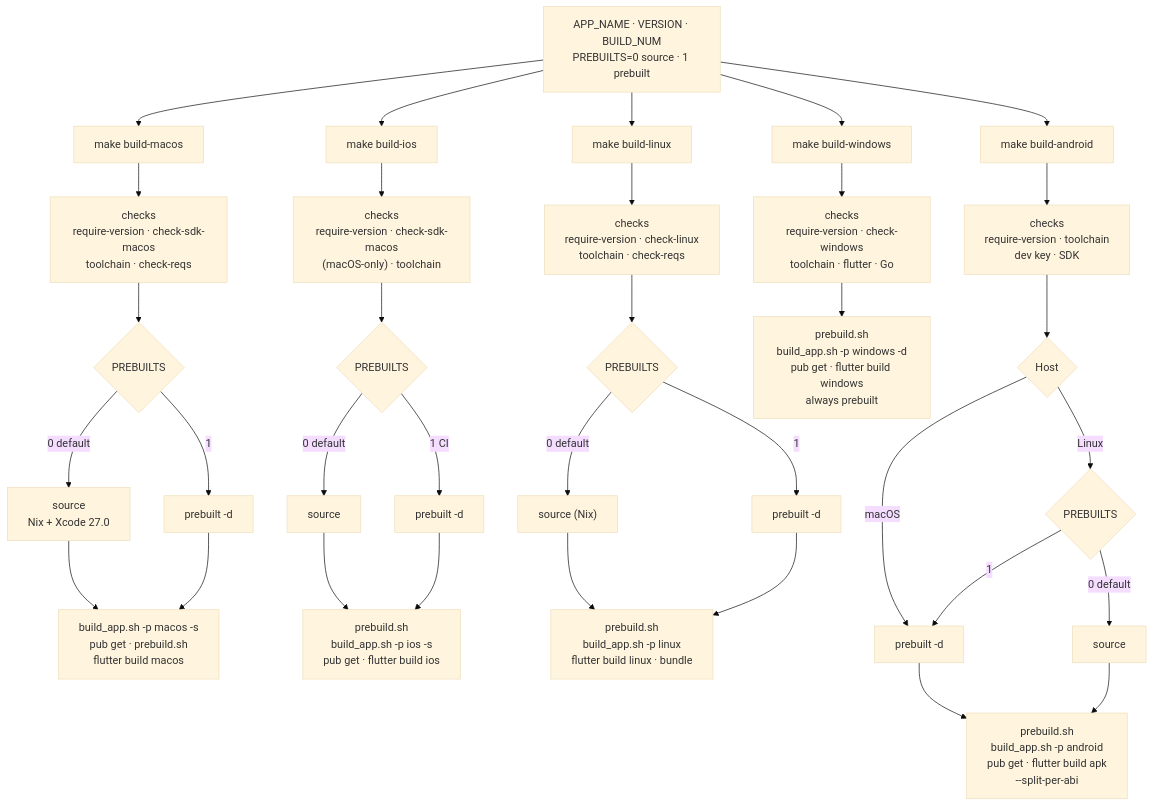
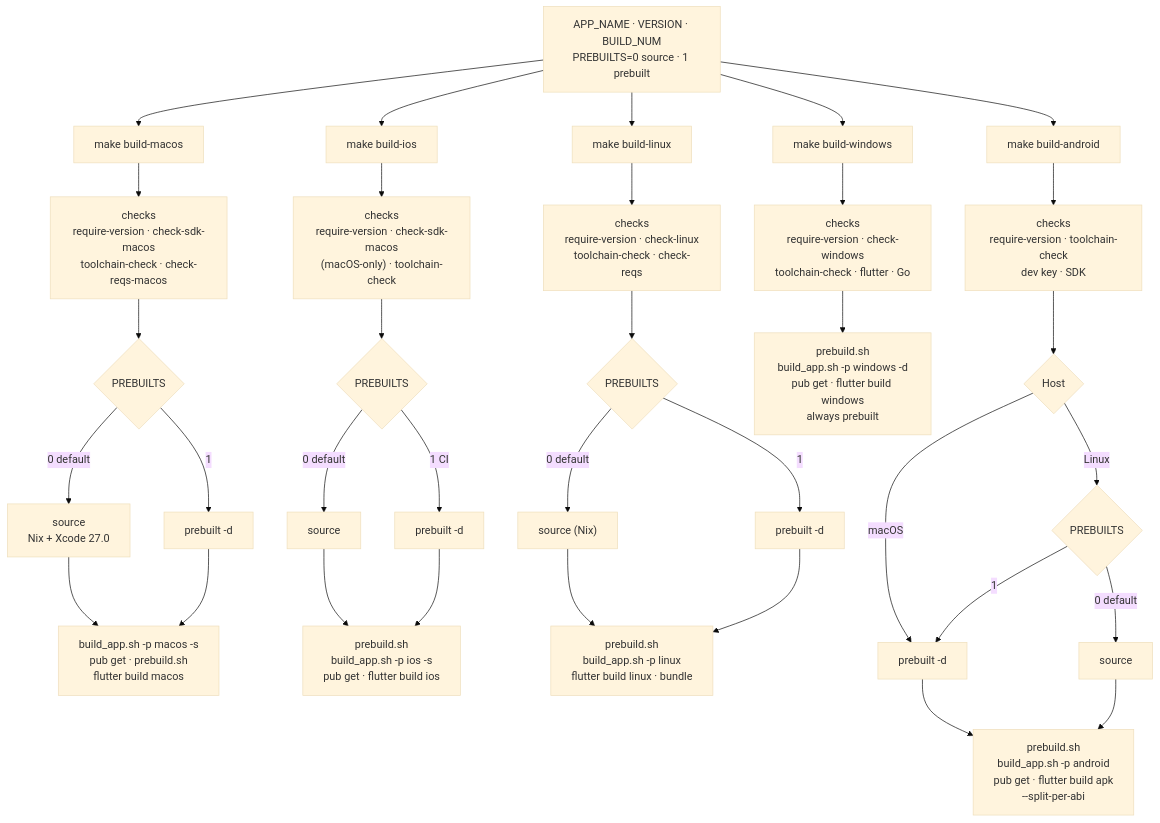
One commit to cypherstack/stack_wallet changed the second of 2 diagrams in docs/building/make-flow.md. Above: the diagram before and after it, drawn with Mermaid (base theme). The commit also changed other lines of this file and 2 other files, not shown here.

Commit message:
docs: align build docs with the hardened toolchain
- Document -s and the four dnix packages.
- Use the exact preflight target names in the build-flow diagrams.
- Describe Flutter/Rust as BOM values rather than fixed literals.

````diff
--- a/docs/building/make-flow.md
+++ b/docs/building/make-flow.md
@@ -58,42 +59,42 @@
 ```mermaid
 flowchart TD
     O["APP_NAME · VERSION · BUILD_NUM<br/>PREBUILTS=0 source · 1 prebuilt"]
     O --> MAC["make build-macos"]
     O --> IOS["make build-ios"]
     O --> LINUX["make build-linux"]
     O --> WIN["make build-windows"]
     O --> AND["make build-android"]
 
-    MAC --> MC["checks<br/>require-version · check-sdk-macos<br/>toolchain · check-reqs"]
+    MAC --> MC["checks<br/>require-version · check-sdk-macos<br/>toolchain-check · check-reqs-macos"]
     MC --> MP{"PREBUILTS"}
     MP -- "0 default" --> MS["source<br/>Nix + Xcode 27.0"]
     MP -- "1" --> MB["prebuilt -d"]
     MS --> MR["build_app.sh -p macos -s<br/>pub get · prebuild.sh<br/>flutter build macos"]
     MB --> MR
 
-    IOS --> IC["checks<br/>require-version · check-sdk-macos<br/>(macOS-only) · toolchain"]
+    IOS --> IC["checks<br/>require-version · check-sdk-macos<br/>(macOS-only) · toolchain-check"]
     IC --> IP{"PREBUILTS"}
     IP -- "0 default" --> IS["source"]
     IP -- "1 CI" --> IB["prebuilt -d"]
     IS --> IR["prebuild.sh<br/>build_app.sh -p ios -s<br/>pub get · flutter build ios"]
     IB --> IR
 
-    LINUX --> LC["checks<br/>require-version · check-linux<br/>toolchain · check-reqs"]
+    LINUX --> LC["checks<br/>require-version · check-linux<br/>toolchain-check · check-reqs"]
     LC --> LP{"PREBUILTS"}
     LP -- "0 default" --> LS["source (Nix)"]
     LP -- "1" --> LB["prebuilt -d"]
     LS --> LR["prebuild.sh<br/>build_app.sh -p linux<br/>flutter build linux · bundle"]
     LB --> LR
 
-    WIN --> WC["checks<br/>require-version · check-windows<br/>toolchain · flutter · Go"]
+    WIN --> WC["checks<br/>require-version · check-windows<br/>toolchain-check · flutter · Go"]
     WC --> WR["prebuild.sh<br/>build_app.sh -p windows -d<br/>pub get · flutter build windows<br/>always prebuilt"]
 
-    AND --> AC["checks<br/>require-version · toolchain<br/>dev key · SDK"]
+    AND --> AC["checks<br/>require-version · toolchain-check<br/>dev key · SDK"]
     AC --> AH{"Host"}
     AH -- macOS --> AB["prebuilt -d"]
     AH -- Linux --> AP{"PREBUILTS"}
     AP -- "0 default" --> AS["source"]
     AP -- "1" --> AB
     AB --> AR["prebuild.sh<br/>build_app.sh -p android<br/>pub get · flutter build apk<br/>--split-per-abi"]
     AS --> AR
 ```
````
